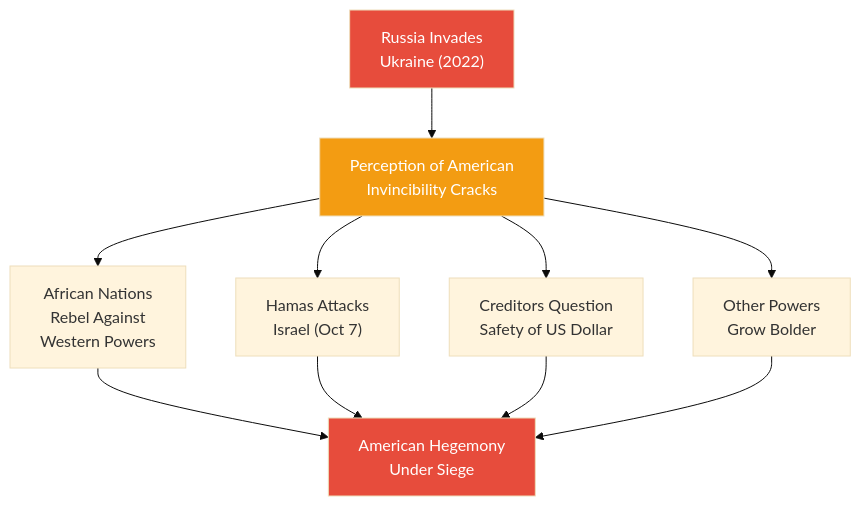
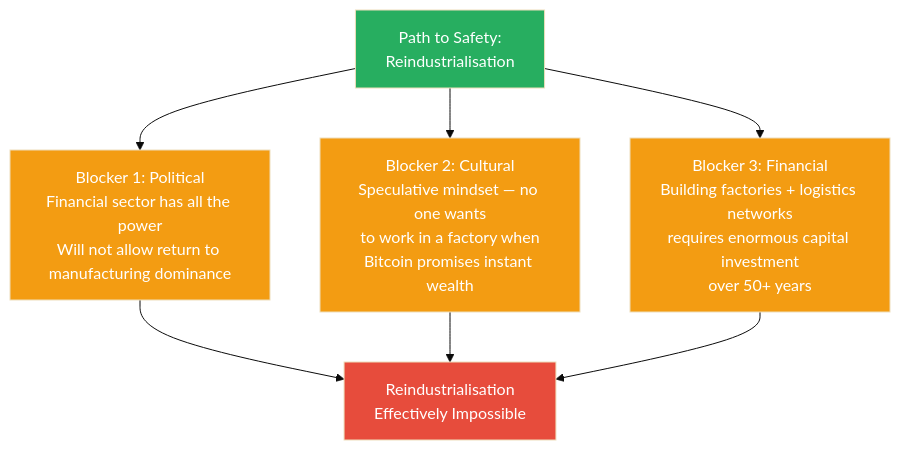
Before and after one commit to alius33/reader: the sixth of 8 diagrams in summaries/Lectures/Geo-Strategy/03 - How Empire is Destroying America.md, drawn with Mermaid (base theme). The commit also changed other lines of this file and 26 other files, not shown here.

````diff
--- a/summaries/Lectures/Geo-Strategy/03 - How Empire is Destroying America.md
+++ b/summaries/Lectures/Geo-Strategy/03 - How Empire is Destroying America.md
@@ -591,16 +352,15 @@
 ```mermaid
 flowchart TB
-    R["Russia Invades<br/>Ukraine (2022)"]
-    R --> P["Perception of American<br/>Invincibility Cracks"]
-    P --> C1["African Nations<br/>Rebel Against<br/>Western Powers"]
-    P --> C2["Hamas Attacks<br/>Israel (Oct 7)"]
-    P --> C3["Creditors Question<br/>Safety of US Dollar"]
-    P --> C4["Other Powers<br/>Grow Bolder"]
-    C1 --> D["American Hegemony<br/>Under Siege"]
-    C2 --> D
-    C3 --> D
-    C4 --> D
-    style R fill:#e74c3c,color:#fff
-    style P fill:#f39c12,color:#fff
-    style D fill:#e74c3c,color:#fff
+    P["Path to Safety:<br/>Reindustrialisation"]
+    P --> B1["Blocker 1: Political<br/>Financial sector has all the power<br/>Will not allow return to manufacturing dominance"]
+    P --> B2["Blocker 2: Cultural<br/>Speculative mindset — no one wants<br/>to work in a factory when<br/>Bitcoin promises instant wealth"]
+    P --> B3["Blocker 3: Financial<br/>Building factories + logistics networks<br/>requires enormous capital investment<br/>over 50+ years"]
+    B1 --> X["Reindustrialisation<br/>Effectively Impossible"]
+    B2 --> X
+    B3 --> X
+    style P fill:#27ae60,color:#fff
+    style X fill:#e74c3c,color:#fff
+    style B1 fill:#f39c12,color:#fff
+    style B2 fill:#f39c12,color:#fff
+    style B3 fill:#f39c12,color:#fff
 ```
````
